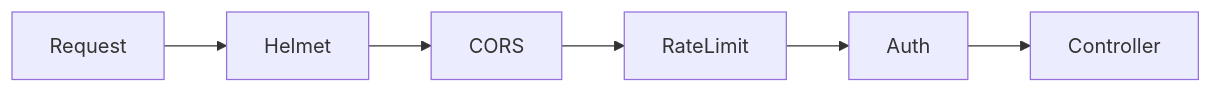
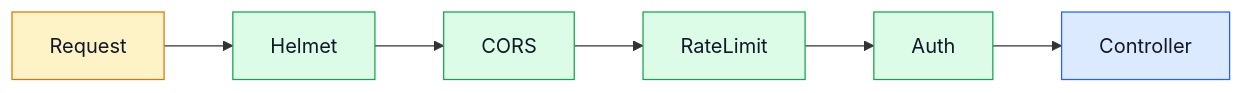
Before and after one commit to Guebbit/boilerplate-node-backend: the diagram in docs/tools/security.md, drawn with Mermaid. The commit also changed other lines of this file and 16 other files, not shown here.

````diff
--- a/docs/tools/security.md
+++ b/docs/tools/security.md
@@ -16,8 +16,16 @@
 ```mermaid
+%%{init: {'flowchart': {'nodeSpacing': 40, 'rankSpacing': 55}}}%%
 flowchart LR
     Request --> Helmet
     Helmet --> CORS
     CORS --> RateLimit
     RateLimit --> Auth
     Auth --> Controller
+
+    classDef edge fill:#fef3c7,stroke:#d97706,color:#111827;
+    classDef guard fill:#dcfce7,stroke:#16a34a,color:#111827;
+    classDef app fill:#dbeafe,stroke:#2563eb,color:#111827;
+    class Request edge;
+    class Helmet,CORS,RateLimit,Auth guard;
+    class Controller app;
 ```
````
